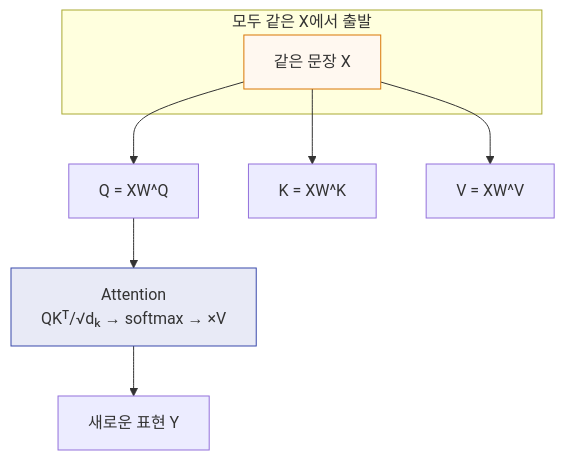
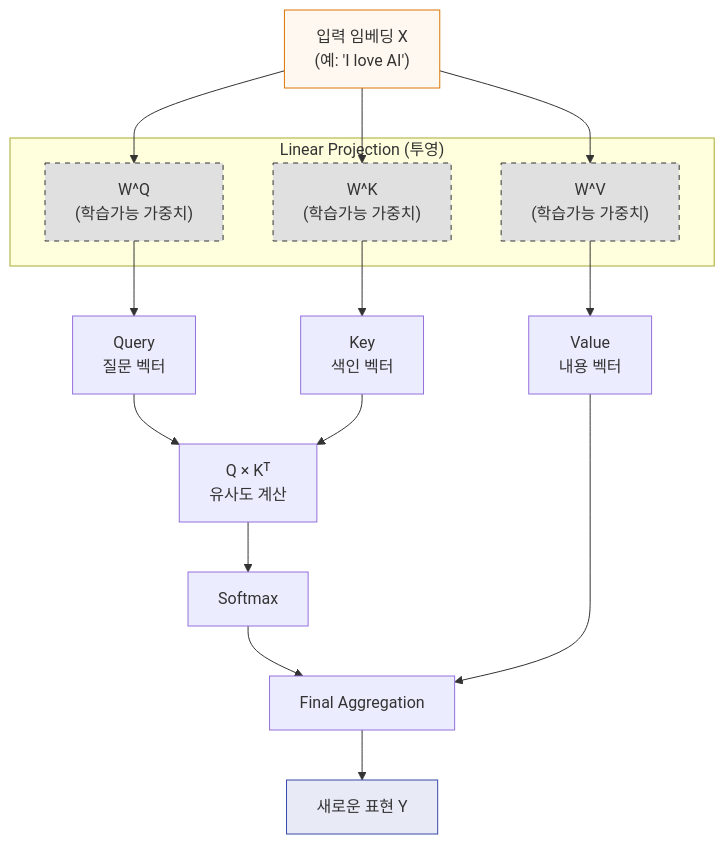
Before and after one commit to Ricepunchb/Idsh-obsidian-garden: the third of 4 diagrams in content/study/Attention.md, drawn with Mermaid. The commit also changed other lines of this file and 14 other files, not shown here.

````diff
--- a/content/study/Attention.md
+++ b/content/study/Attention.md
@@ -58,14 +65,27 @@
 ```mermaid
-%%{init: {'theme':'default'}}%%
 graph TD
-    X[같은 문장 X] --> Q[Q = XW^Q]
-    X --> K[K = XW^K]
-    X --> V[V = XW^V]
-    Q --> Attn[Attention<br/>QKᵀ/√dₖ → softmax → ×V]
-    Attn --> Y[새로운 표현 Y]
-    subgraph "모두 같은 X에서 출발"
-        X
+    X["입력 임베딩 X<br/>(예: 'I love AI')"] --> WQ["W^Q<br/>(학습가능 가중치)"]
+    X --> WK["W^K<br/>(학습가능 가중치)"]
+    X --> WV["W^V<br/>(학습가능 가중치)"]
+    
+    WQ --> Q["Query<br/>질문 벡터"]
+    WK --> K["Key<br/>색인 벡터"]
+    WV --> V["Value<br/>내용 벡터"]
+    
+    Q & K --> MatMul["Q × Kᵀ<br/>유사도 계산"]
+    MatMul --> Soft["Softmax"]
+    Soft & V --> Final["Final Aggregation"]
+    Final --> Y["새로운 표현 Y"]
+
+    subgraph "Linear Projection (투영)"
+        WQ
+        WK
+        WV
     end
+
     style X fill:#FFF8F0,stroke:#D97706
-    style Attn fill:#E8EAF6,stroke:#3949AB
+    style WQ fill:#E0E0E0,stroke:#333,stroke-dasharray: 5 5
+    style WK fill:#E0E0E0,stroke:#333,stroke-dasharray: 5 5
+    style WV fill:#E0E0E0,stroke:#333,stroke-dasharray: 5 5
+    style Y fill:#E8EAF6,stroke:#3949AB
 ```
````
